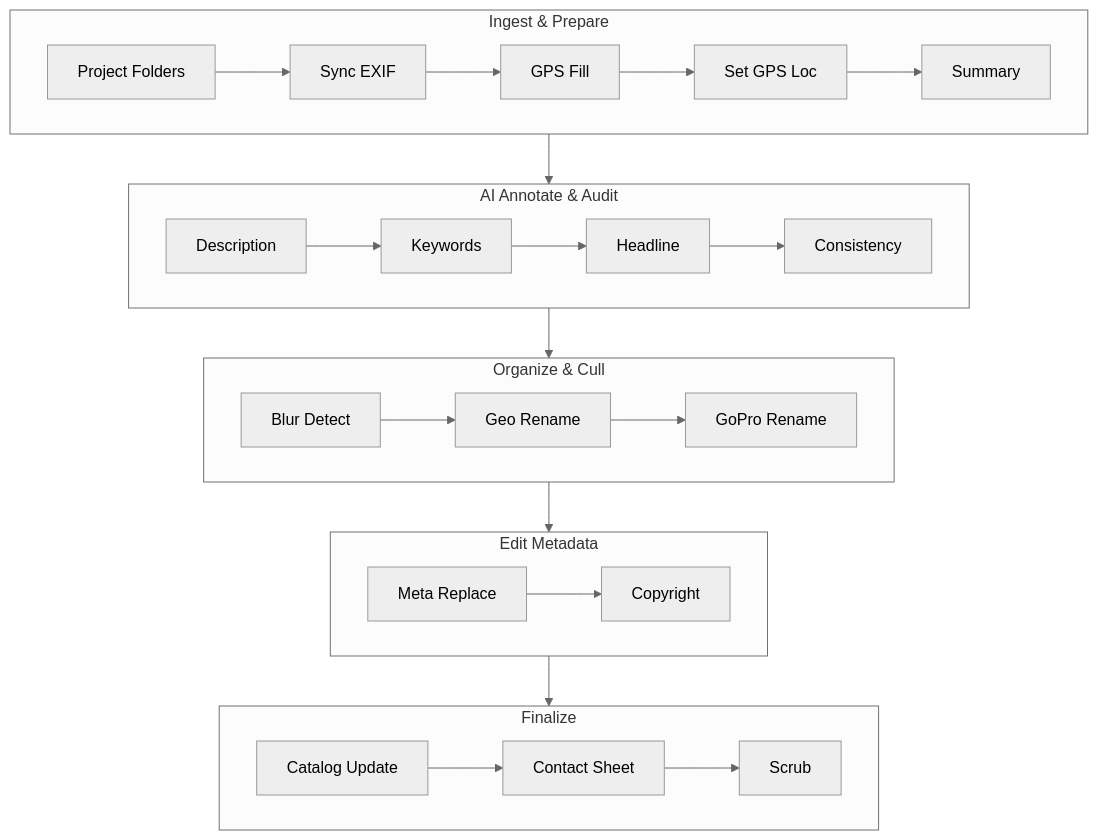
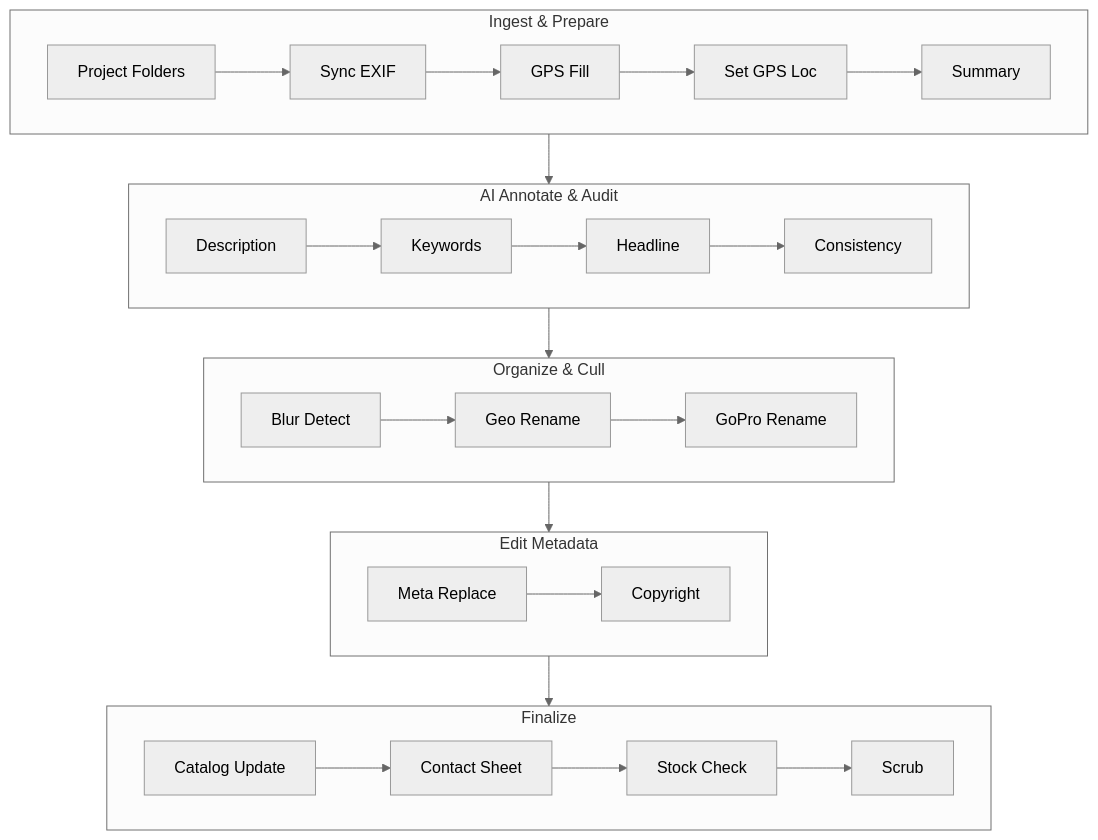
Before and after one commit to igoros777/photoshell: the diagram in docs/web_ui_help.md, drawn with Mermaid (neutral theme). The commit also changed other lines of this file and 13 other files, not shown here.

````diff
--- a/docs/web_ui_help.md
+++ b/docs/web_ui_help.md
@@ -28,31 +28,32 @@
 ```mermaid
 flowchart TD
     subgraph G1 [Ingest & Prepare]
         PF[Project Folders] --> A[Sync EXIF]
         A --> B[GPS Fill]
         B --> B2[Set GPS Loc]
         B2 --> C[Summary]
     end
 
     subgraph G2 [AI Annotate & Audit]
         D[Description] --> E[Keywords]
         E --> E2[Headline]
         E2 --> E3[Consistency]
     end
 
     subgraph G3 [Organize & Cull]
         H[Blur Detect] --> F[Geo Rename]
         F --> G[GoPro Rename]
     end
 
     subgraph G4 [Edit Metadata]
         H2[Meta Replace] --> H3[Copyright]
     end
 
     subgraph G5 [Finalize]
         H5[Catalog Update] --> I[Contact Sheet]
-        I --> J[Scrub]
+        I --> SC[Stock Check]
+        SC --> J[Scrub]
     end
 
     G1 --> G2 --> G3 --> G4 --> G5
 ```
````
